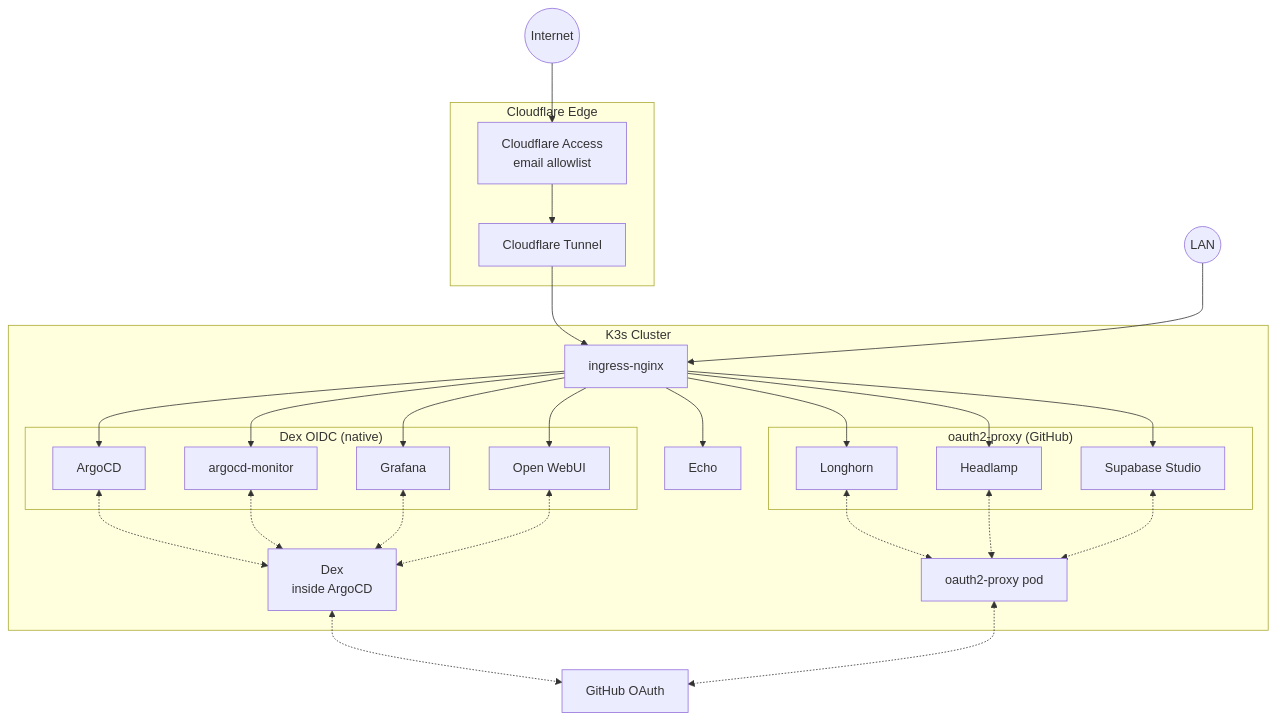
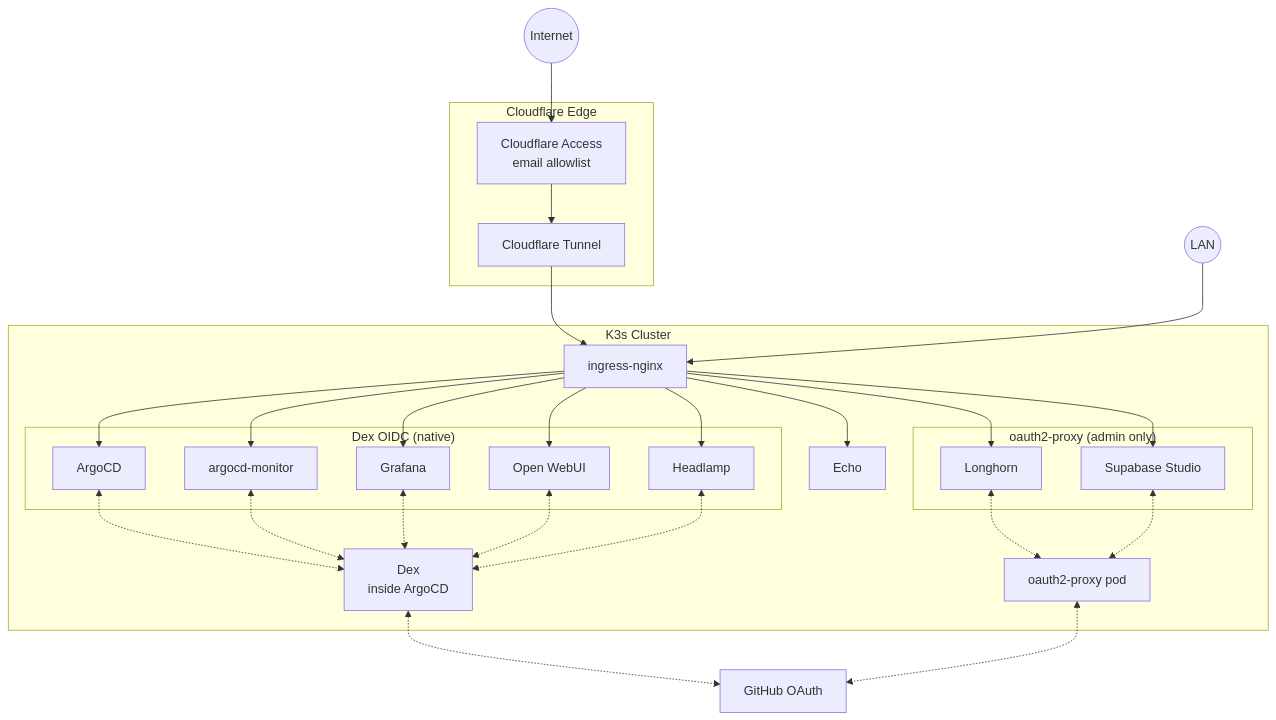
Before and after one commit to gilesknap/tpi-k3s-ansible: the sixth of 6 diagrams in docs/explanations/authentication.md, drawn with Mermaid. The commit also changed other lines of this file and 12 other files, not shown here.

````diff
--- a/docs/explanations/authentication.md
+++ b/docs/explanations/authentication.md
@@ -240,57 +249,57 @@
 ```{mermaid}
 flowchart TB
     Internet((Internet))
     LAN((LAN))
 
     subgraph Cloudflare["Cloudflare Edge"]
         CFA[Cloudflare Access<br/>email allowlist]
         CFT[Cloudflare Tunnel]
     end
 
     subgraph Cluster["K3s Cluster"]
         NGINX[ingress-nginx]
 
         subgraph DexAuth["Dex OIDC (native)"]
             ArgoCD
             Monitor[argocd-monitor]
             Grafana
             OpenWebUI[Open WebUI]
+            Headlamp
         end
 
-        subgraph ProxyAuth["oauth2-proxy (GitHub)"]
+        subgraph ProxyAuth["oauth2-proxy (admin only)"]
             Longhorn
-            Headlamp
             Supabase[Supabase Studio]
         end
 
         Echo
 
         OAP[oauth2-proxy pod]
         DexPod[Dex<br/>inside ArgoCD]
     end
 
     GH[GitHub OAuth]
 
     Internet --> CFA --> CFT --> NGINX
     LAN --> NGINX
 
     NGINX --> ArgoCD
     NGINX --> Monitor
     NGINX --> Grafana
     NGINX --> OpenWebUI
+    NGINX --> Headlamp
     NGINX --> Longhorn
-    NGINX --> Headlamp
     NGINX --> Supabase
     NGINX --> Echo
 
     ArgoCD <-.-> DexPod
     Monitor <-.-> DexPod
     Grafana <-.-> DexPod
     OpenWebUI <-.-> DexPod
+    Headlamp <-.-> DexPod
     Longhorn <-.-> OAP
-    Headlamp <-.-> OAP
     Supabase <-.-> OAP
 
     DexPod <-.-> GH
     OAP <-.-> GH
 ```
````
